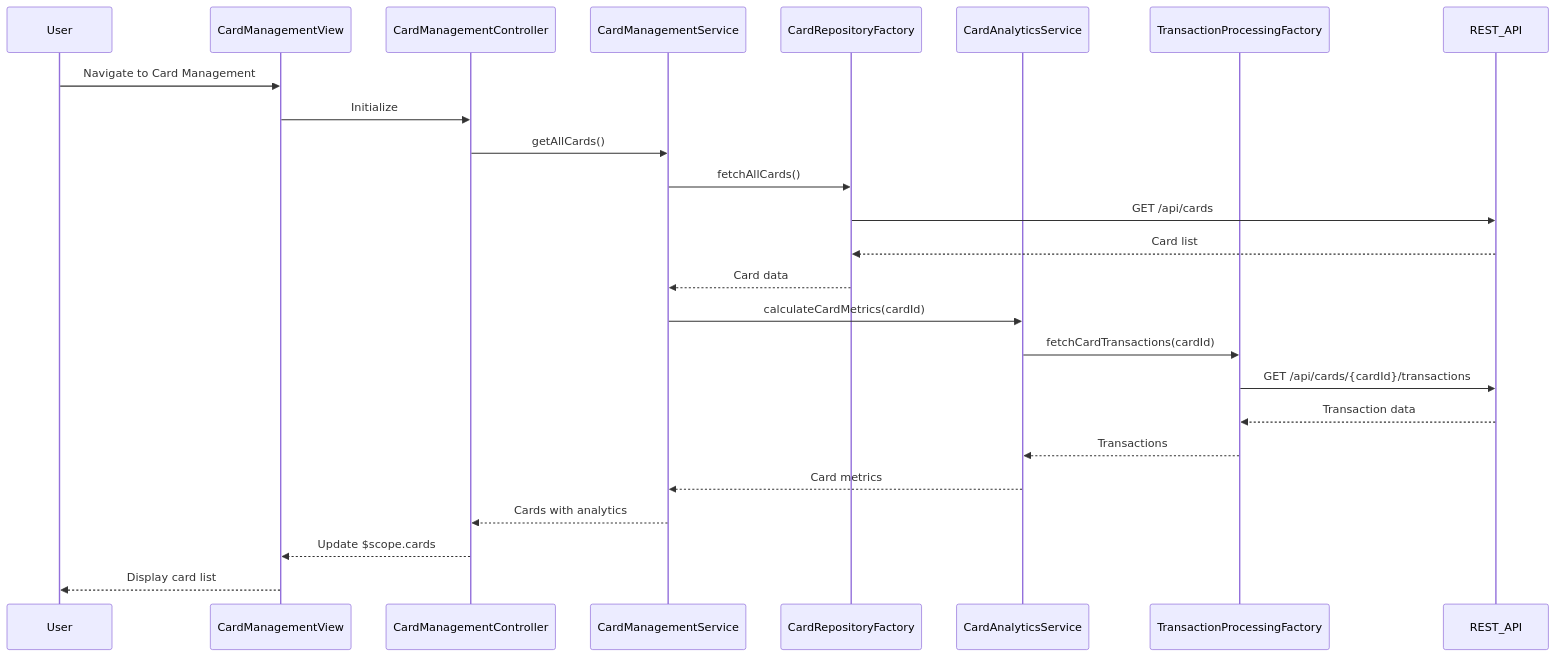
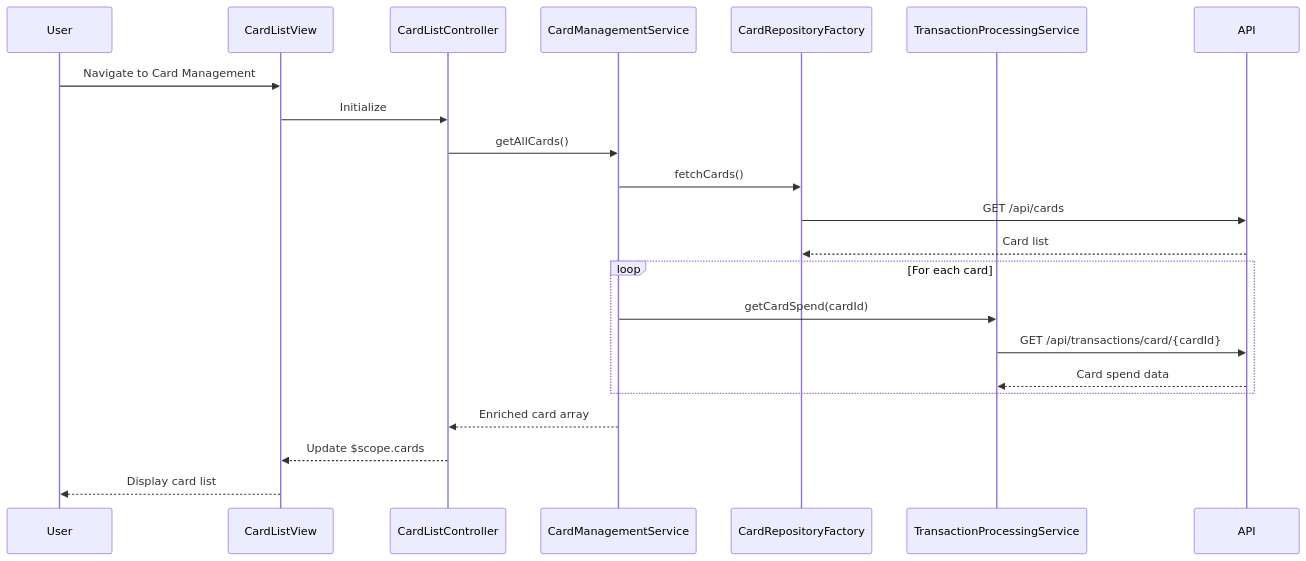
Before and after one commit to AAVA-Demo/APB_Demo: the diagram in LLD/QE-7796_LLD.md, drawn with Mermaid. The commit also changed other lines of this file and 5 other files, not shown here.

````diff
--- a/LLD/QE-7796_LLD.md
+++ b/LLD/QE-7796_LLD.md
@@ -79,28 +73,25 @@
 ```mermaid
 sequenceDiagram
     participant User
-    participant CardManagementView
-    participant CardManagementController
+    participant CardListView
+    participant CardListController
     participant CardManagementService
     participant CardRepositoryFactory
-    participant CardAnalyticsService
-    participant TransactionProcessingFactory
-    participant REST_API
+    participant TransactionProcessingService
+    participant API
 
-    User->>CardManagementView: Navigate to Card Management
-    CardManagementView->>CardManagementController: Initialize
-    CardManagementController->>CardManagementService: getAllCards()
-    CardManagementService->>CardRepositoryFactory: fetchAllCards()
-    CardRepositoryFactory->>REST_API: GET /api/cards
-    REST_API-->>CardRepositoryFactory: Card list
-    CardRepositoryFactory-->>CardManagementService: Card data
-    CardManagementService->>CardAnalyticsService: calculateCardMetrics(cardId)
-    CardAnalyticsService->>TransactionProcessingFactory: fetchCardTransactions(cardId)
-    TransactionProcessingFactory->>REST_API: GET /api/cards/{cardId}/transactions
-    REST_API-->>TransactionProcessingFactory: Transaction data
-    TransactionProcessingFactory-->>CardAnalyticsService: Transactions
-    CardAnalyticsService-->>CardManagementService: Card metrics
-    CardManagementService-->>CardManagementController: Cards with analytics
-    CardManagementController-->>CardManagementView: Update $scope.cards
-    CardManagementView-->>User: Display card list
+    User->>CardListView: Navigate to Card Management
+    CardListView->>CardListController: Initialize
+    CardListController->>CardManagementService: getAllCards()
+    CardManagementService->>CardRepositoryFactory: fetchCards()
+    CardRepositoryFactory->>API: GET /api/cards
+    API-->>CardRepositoryFactory: Card list
+    loop For each card
+        CardManagementService->>TransactionProcessingService: getCardSpend(cardId)
+        TransactionProcessingService->>API: GET /api/transactions/card/{cardId}
+        API-->>TransactionProcessingService: Card spend data
+    end
+    CardManagementService-->>CardListController: Enriched card array
+    CardListController-->>CardListView: Update $scope.cards
+    CardListView-->>User: Display card list
 ```
````
